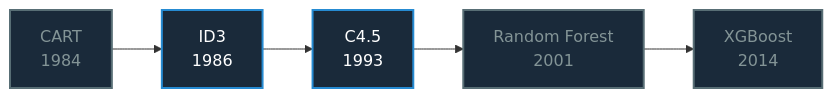
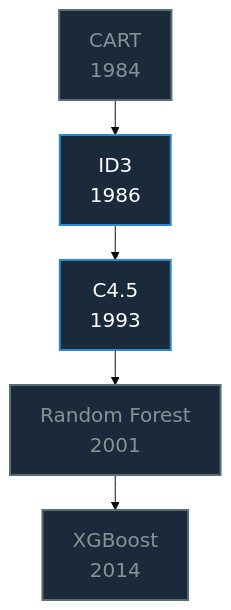
The second of 3 diagrams in datamining/slides/02_tree.md (YangYibiao/yangyibiao.github.io), drawn with Mermaid before and after one commit. The commit also changed other lines of this file and 13 other files, not shown here.

First line of the commit message:
datamining: add course index page; polish decks (layout, emphasis, font-size floor)

````diff
--- a/datamining/slides/02_tree.md
+++ b/datamining/slides/02_tree.md
@@ -219,14 +268,15 @@
 ```mermaid
-flowchart LR
+%%{init: { 'theme': 'base', 'themeVariables': { 'fontSize': '20px', 'fontFamily': 'LXGWWenKai, \"Noto Sans SC\", sans-serif' }, 'flowchart': { 'nodeSpacing': 30, 'rankSpacing': 35 } } }%%
+flowchart TB
     A["CART<br/>1984"]
     --> B["ID3<br/>1986"]
     --> C["C4.5<br/>1993"]
     --> D["Random Forest<br/>2001"]
     --> E["XGBoost<br/>2014"]
 
     style A fill:#1a2a3a,stroke:#586e75,stroke-width:2px,color:#839496
     style B fill:#1a2a3a,stroke:#268bd2,stroke-width:2px,color:#fff
     style C fill:#1a2a3a,stroke:#268bd2,stroke-width:2px,color:#fff
     style D fill:#1a2a3a,stroke:#586e75,stroke-width:2px,color:#839496
     style E fill:#1a2a3a,stroke:#586e75,stroke-width:2px,color:#839496
 ```
````
